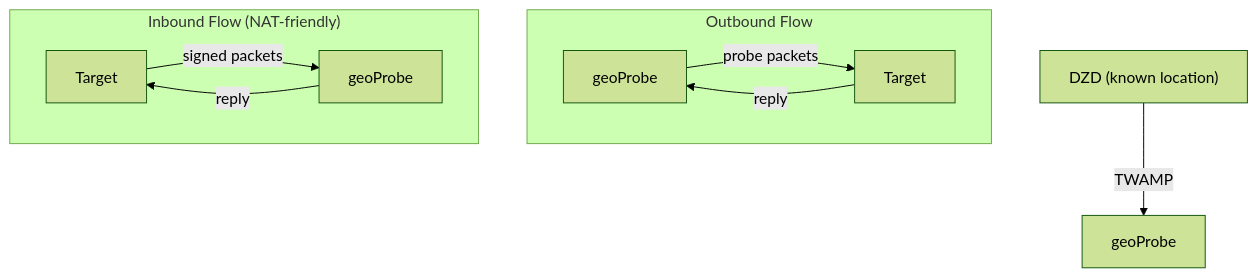
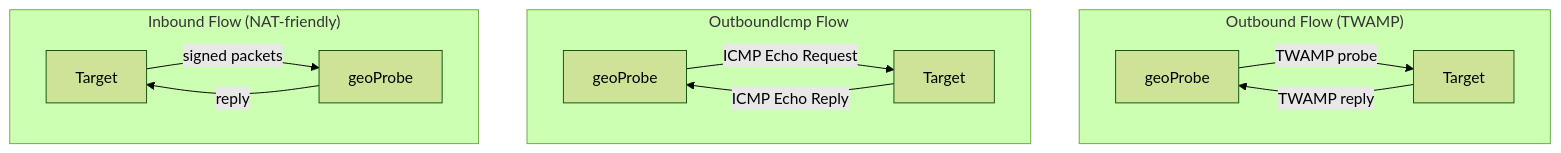
One commit to malbeclabs/docs changed the second of 3 diagrams in docs/geolocation.md. Above: the diagram before and after it, drawn with Mermaid (forest theme). The commit also changed other lines of this file and 4 other files, not shown here.

````diff
--- a/docs/geolocation.md
+++ b/docs/geolocation.md
@@ -33,18 +33,20 @@
 ```mermaid
 flowchart TB
-    DZD["DZD (known location)"]
-    Probe["geoProbe"]
-    DZD -- "TWAMP" --> Probe
+    subgraph out["Outbound Flow (TWAMP)"]
+        direction LR
+        P1["geoProbe"] -- "TWAMP probe" --> T1["Target"]
+        T1 -- "TWAMP reply" --> P1
+    end
 
-    subgraph out["Outbound Flow"]
+    subgraph icmp["OutboundIcmp Flow"]
         direction LR
-        P1["geoProbe"] -- "probe packets" --> T1["Target"]
-        T1 -- "reply" --> P1
+        P3["geoProbe"] -- "ICMP Echo Request" --> T3["Target"]
+        T3 -- "ICMP Echo Reply" --> P3
     end
 
     subgraph in["Inbound Flow (NAT-friendly)"]
         direction LR
         T2["Target"] -- "signed packets" --> P2["geoProbe"]
         P2 -- "reply" --> T2
     end
 ```
````
